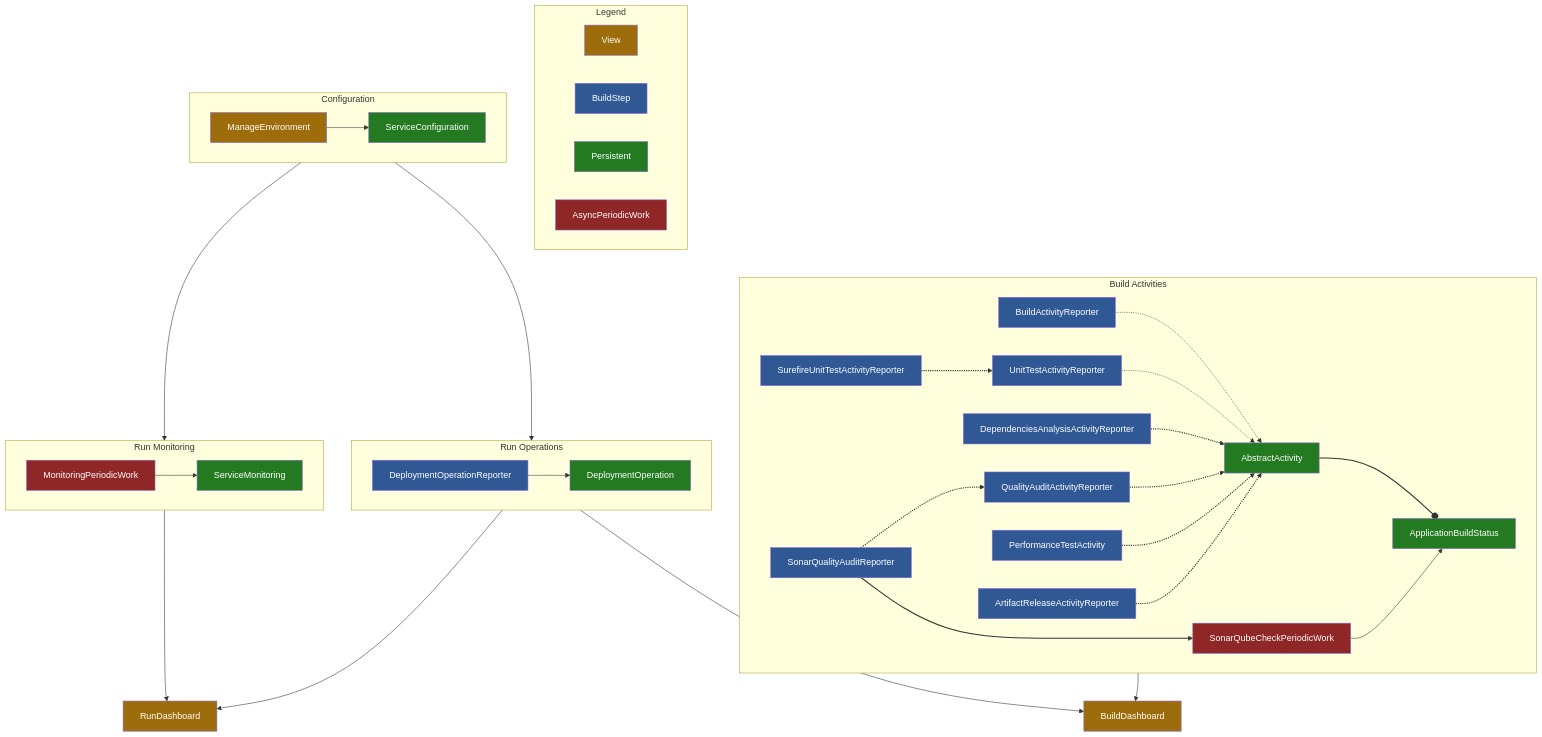
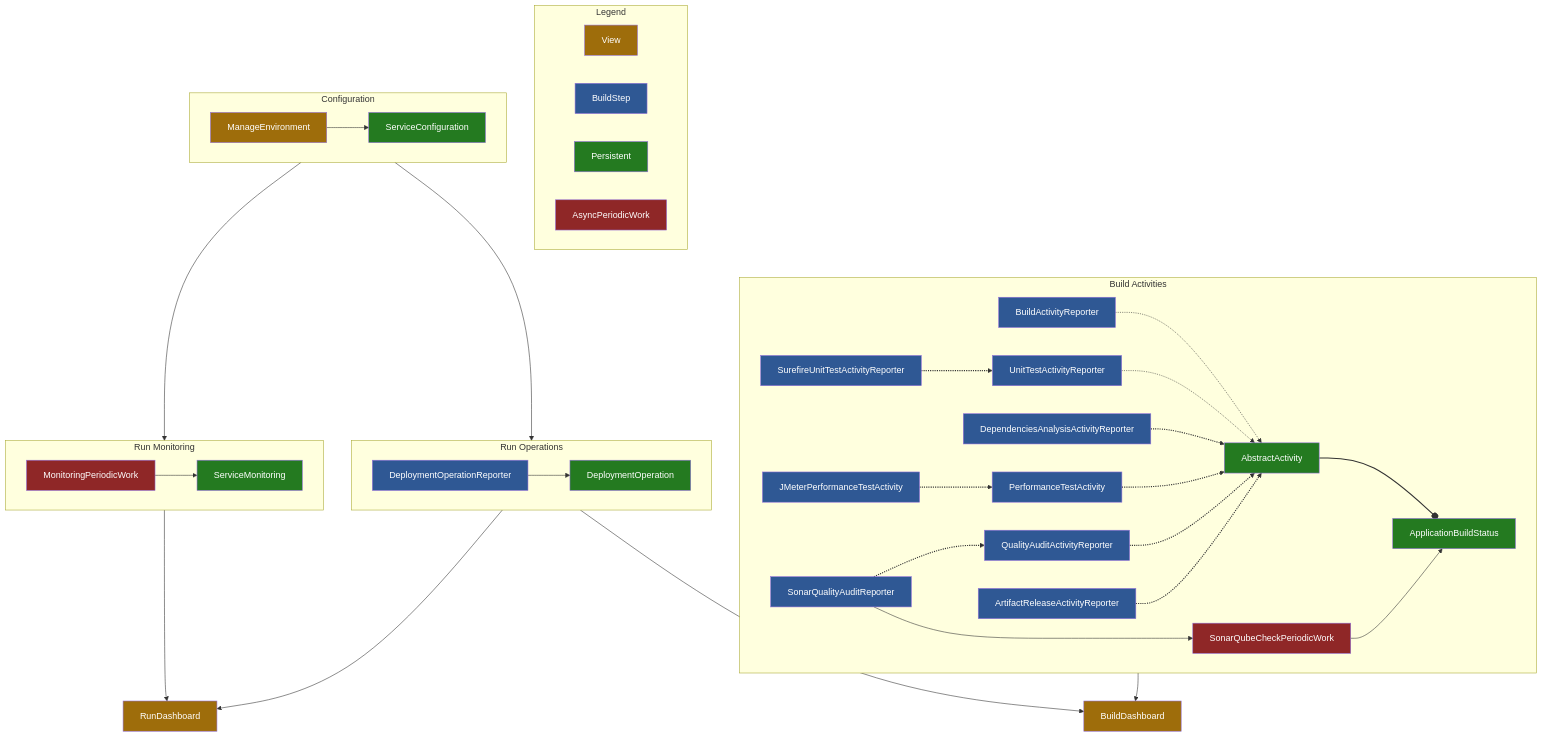
One commit to jenkinsci/devops-portal-plugin changed the diagram in README.md. Above: the diagram before and after it, drawn with Mermaid.

````diff
--- a/README.md
+++ b/README.md
@@ -421,49 +421,50 @@
 ```mermaid
 flowchart TD
 
     subgraph Legend
         View:::view
         BuildStep:::reporter
         Persistent:::entity
         AsyncPeriodicWork:::worker
     end
     
     subgraph Configuration
         ManageEnvironment:::view --> ServiceConfiguration:::entity
     end
     
     subgraph BuildActivities[Build Activities]
         BuildActivityReporter:::reporter -.-> AbstractActivity:::entity
         UnitTestActivityReporter:::reporter -.-> AbstractActivity:::entity
         SurefireUnitTestActivityReporter:::reporter -.-> UnitTestActivityReporter:::reporter
         DependenciesAnalysisActivityReporter:::reporter -.-> AbstractActivity:::entity
+        PerformanceTestActivity:::reporter -.-> AbstractActivity:::entity
+        JMeterPerformanceTestActivity:::reporter -.-> PerformanceTestActivity:::reporter
         QualityAuditActivityReporter:::reporter -.-> AbstractActivity:::entity
         SonarQualityAuditReporter:::reporter -.-> QualityAuditActivityReporter:::reporter
-        PerformanceTestActivity:::reporter -.-> AbstractActivity:::entity
         ArtifactReleaseActivityReporter:::reporter -.-> AbstractActivity:::entity
         AbstractActivity:::entity --o ApplicationBuildStatus:::entity
         SonarQualityAuditReporter:::reporter --> SonarQubeCheckPeriodicWork:::worker
         SonarQubeCheckPeriodicWork:::worker --> ApplicationBuildStatus:::entity
     end
 
     subgraph RunOperations[Run Operations]
         DeploymentOperationReporter:::reporter --> DeploymentOperation:::entity
     end
     
     subgraph RunMonitoring[Run Monitoring]
         MonitoringPeriodicWork:::worker --> ServiceMonitoring:::entity
     end
    
     Configuration --> RunOperations
     Configuration --> RunMonitoring
     RunOperations --> RunDashboard:::view
     RunMonitoring --> RunDashboard:::view
     BuildActivities --> BuildDashboard:::view
     RunOperations --> BuildDashboard:::view
     
     classDef view fill:#9e6d0b,color:#fff
     classDef reporter fill:#2f5894,color:#fff
     classDef entity fill:#247a20,color:#fff
     classDef worker fill:#8f2727,color:#fff
     linkStyle 3,4,5,6,7,8,9,10 stroke-width:2px,fill:none
 ```
````
